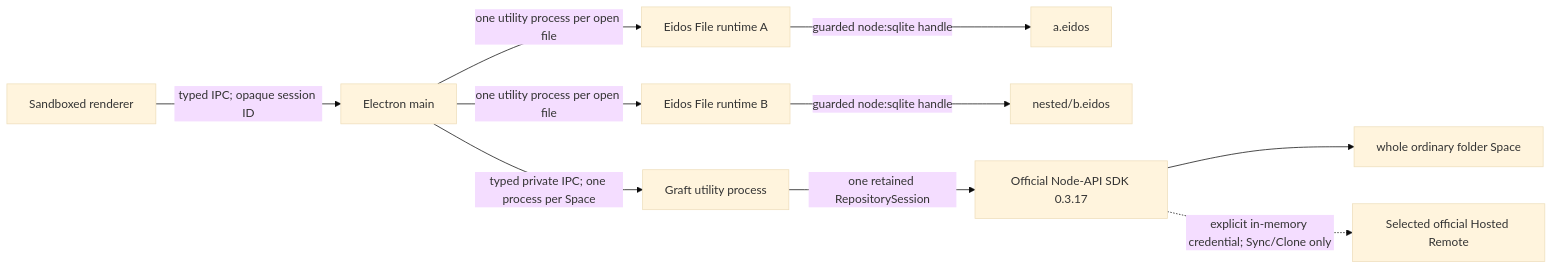
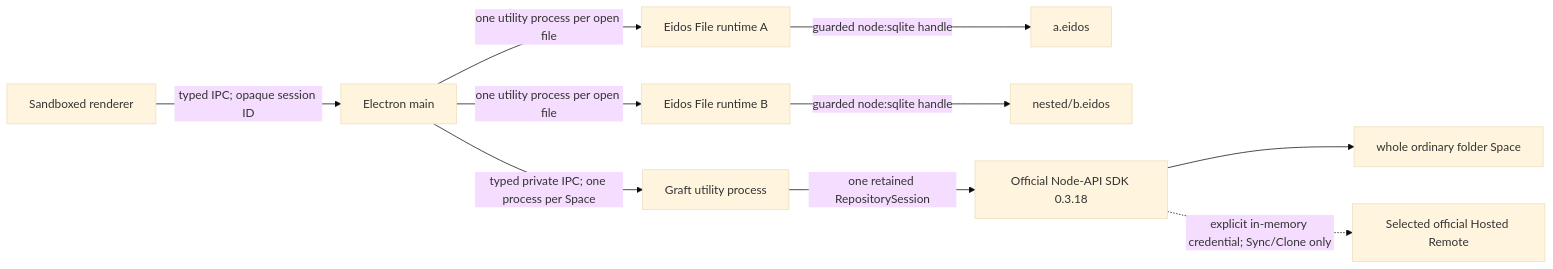
One commit to mayneyao/eidos changed the first of 3 diagrams in apps/eidos-lite-desktop/docs/ARCHITECTURE.md. Above: the diagram before and after it, drawn with Mermaid (base theme). The commit also changed other lines of this file and 13 other files, not shown here.

````diff
--- a/apps/eidos-lite-desktop/docs/ARCHITECTURE.md
+++ b/apps/eidos-lite-desktop/docs/ARCHITECTURE.md
@@ -58,12 +58,12 @@
 ```mermaid
 flowchart LR
   R["Sandboxed renderer"] -->|"typed IPC; opaque session ID"| M["Electron main"]
   M -->|"one utility process per open file"| F1["Eidos File runtime A"]
   M -->|"one utility process per open file"| F2["Eidos File runtime B"]
   F1 -->|"guarded node:sqlite handle"| E1["a.eidos"]
   F2 -->|"guarded node:sqlite handle"| E2["nested/b.eidos"]
   M -->|"typed private IPC; one process per Space"| G["Graft utility process"]
-  G -->|"one retained RepositorySession"| N["Official Node-API SDK 0.3.17"]
+  G -->|"one retained RepositorySession"| N["Official Node-API SDK 0.3.18"]
   N --> S["whole ordinary folder Space"]
   N -. "explicit in-memory credential; Sync/Clone only" .-> H["Selected official Hosted Remote"]
 ```
````
